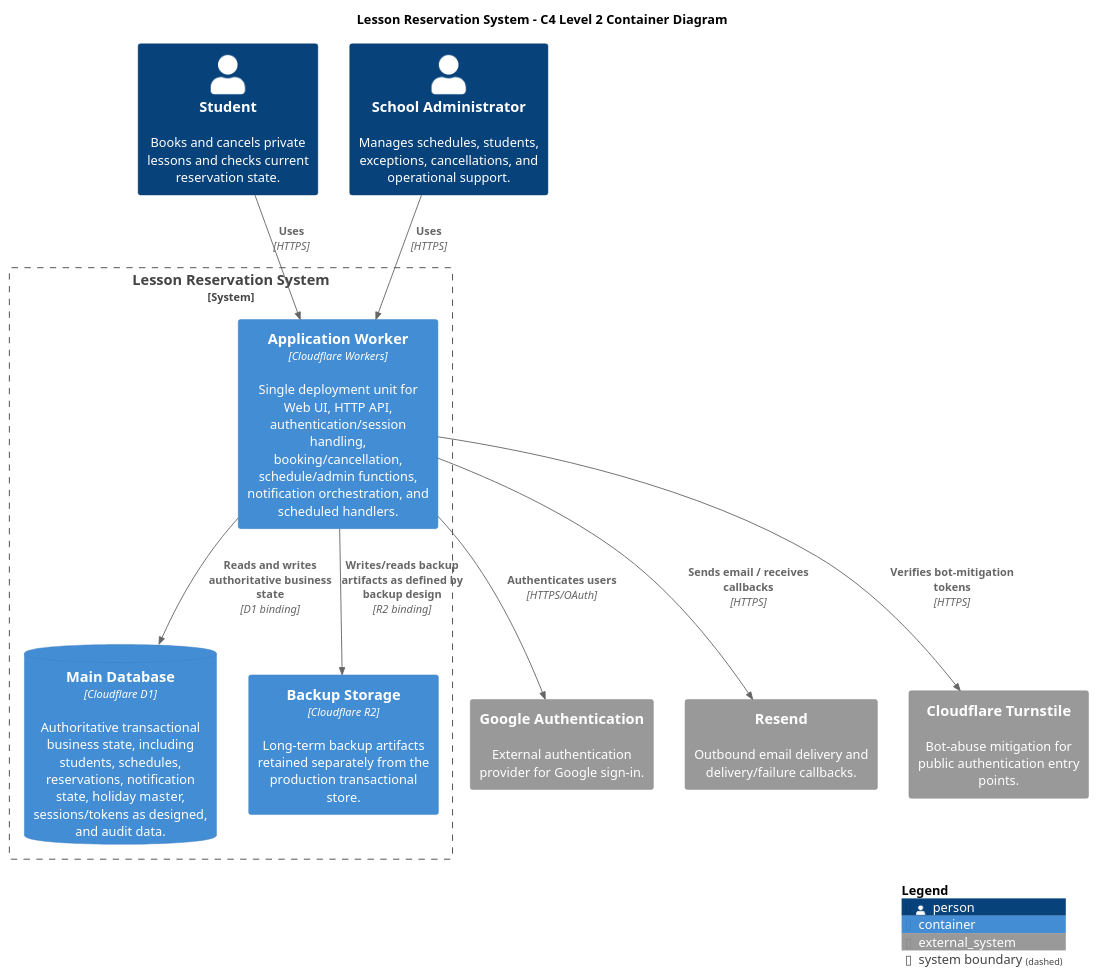
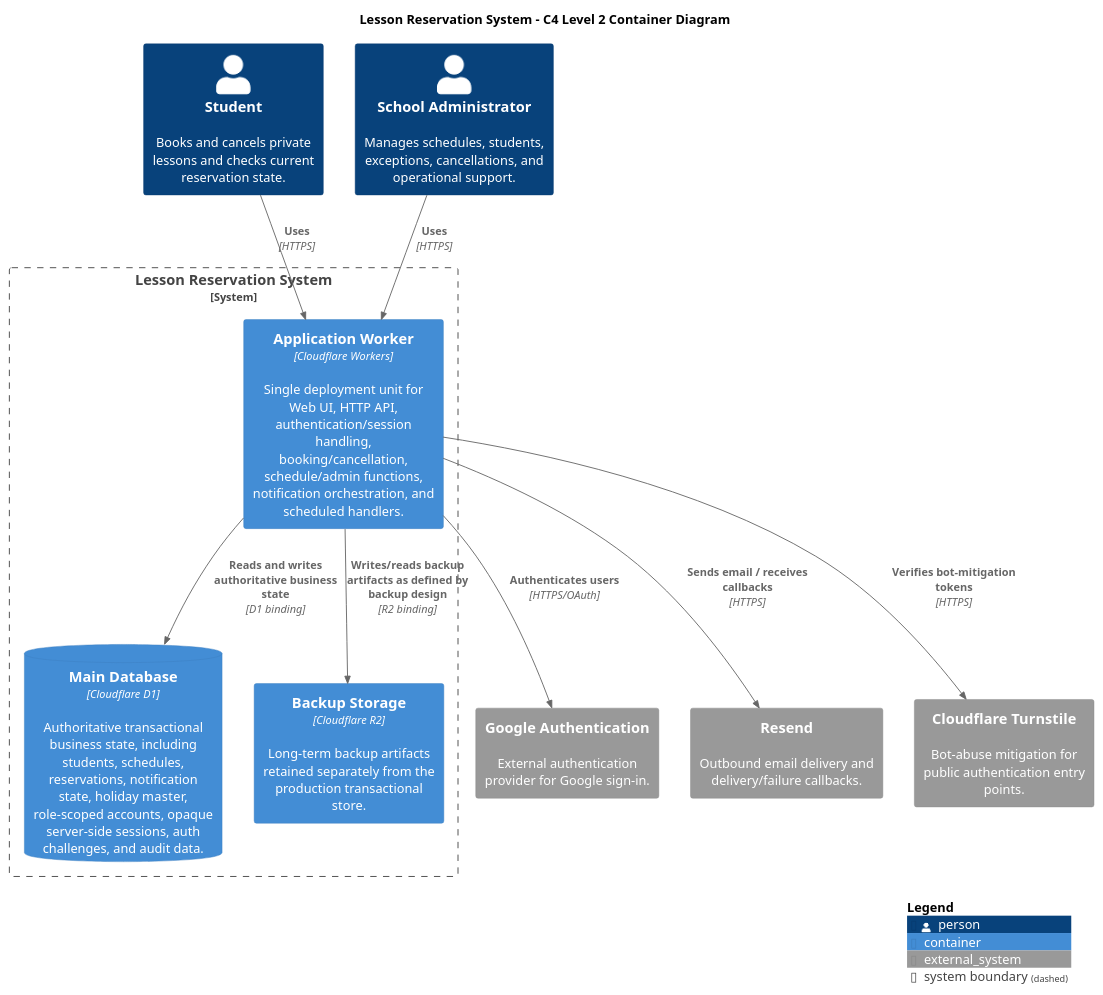
The diagram in docs/diagrams/plantuml/c4-container.puml (suzukure/nssscdl), drawn with PlantUML before and after one commit. The commit also changed 5 other files, not shown here.

```diff
--- a/docs/diagrams/plantuml/c4-container.puml
+++ b/docs/diagrams/plantuml/c4-container.puml
@@ -1,30 +1,30 @@
 @startuml
 !include <C4/C4_Container>
 
 LAYOUT_WITH_LEGEND()
 
 title Lesson Reservation System - C4 Level 2 Container Diagram
 
 Person(student, "Student", "Books and cancels private lessons and checks current reservation state.")
 Person(admin, "School Administrator", "Manages schedules, students, exceptions, cancellations, and operational support.")
 
 System_Boundary(system, "Lesson Reservation System") {
     Container(app, "Application Worker", "Cloudflare Workers", "Single deployment unit for Web UI, HTTP API, authentication/session handling, booking/cancellation, schedule/admin functions, notification orchestration, and scheduled handlers.")
-    ContainerDb(db, "Main Database", "Cloudflare D1", "Authoritative transactional business state, including students, schedules, reservations, notification state, holiday master, sessions/tokens as designed, and audit data.")
+    ContainerDb(db, "Main Database", "Cloudflare D1", "Authoritative transactional business state, including students, schedules, reservations, notification state, holiday master, role-scoped accounts, opaque server-side sessions, auth challenges, and audit data.")
     Container(backup, "Backup Storage", "Cloudflare R2", "Long-term backup artifacts retained separately from the production transactional store.")
 }
 
 System_Ext(google, "Google Authentication", "External authentication provider for Google sign-in.")
 System_Ext(resend, "Resend", "Outbound email delivery and delivery/failure callbacks.")
 System_Ext(turnstile, "Cloudflare Turnstile", "Bot-abuse mitigation for public authentication entry points.")
 
 Rel(student, app, "Uses", "HTTPS")
 Rel(admin, app, "Uses", "HTTPS")
 Rel(app, db, "Reads and writes authoritative business state", "D1 binding")
 Rel(app, backup, "Writes/reads backup artifacts as defined by backup design", "R2 binding")
 Rel(app, google, "Authenticates users", "HTTPS/OAuth")
 Rel(app, resend, "Sends email / receives callbacks", "HTTPS")
 Rel(app, turnstile, "Verifies bot-mitigation tokens", "HTTPS")
 
 SHOW_LEGEND()
 @enduml
```
